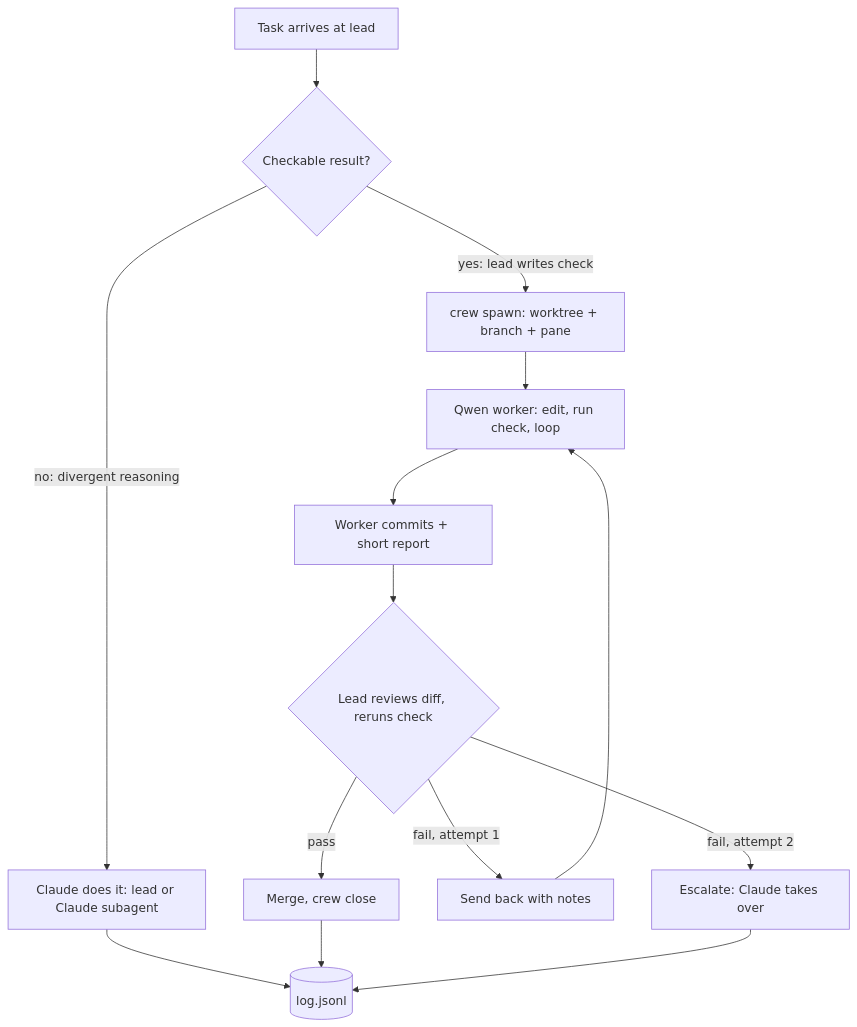
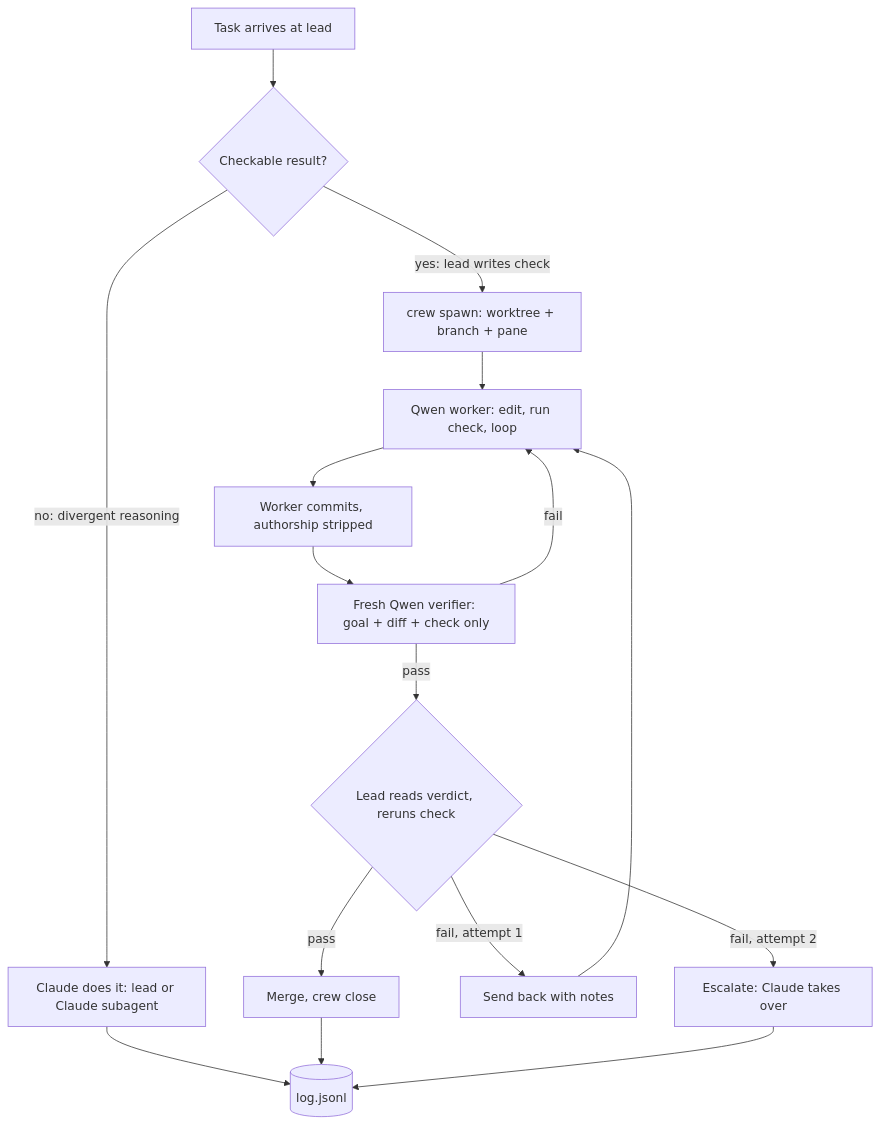
Before and after one commit to wai-lau/mates: the diagram in docs/arch/crew-flow.mmd, drawn with Mermaid. The commit also changed 2 other files, not shown here.

Commit message:
docs: crew design adds fresh-Qwen verifier, blind to authorship
Claude-Session: https://claude.ai/code/session_01239ZY3BLWhDwK56J8jrnjs

```diff
--- a/docs/arch/crew-flow.mmd
+++ b/docs/arch/crew-flow.mmd
@@ -1,14 +1,16 @@
 flowchart TD
   T[Task arrives at lead] --> R{Checkable result?}
   R -- no: divergent reasoning --> C[Claude does it: lead or Claude subagent]
   R -- yes: lead writes check --> S[crew spawn: worktree + branch + pane]
   S --> W[Qwen worker: edit, run check, loop]
-  W --> P[Worker commits + short report]
-  P --> V{Lead reviews diff, reruns check}
+  W --> P[Worker commits, authorship stripped]
+  P --> Q[Fresh Qwen verifier: goal + diff + check only]
+  Q -- fail --> W
+  Q -- pass --> V{Lead reads verdict, reruns check}
   V -- pass --> M[Merge, crew close]
   V -- fail, attempt 1 --> B[Send back with notes]
   B --> W
   V -- fail, attempt 2 --> E[Escalate: Claude takes over]
   C --> L[(log.jsonl)]
   M --> L
   E --> L
```
